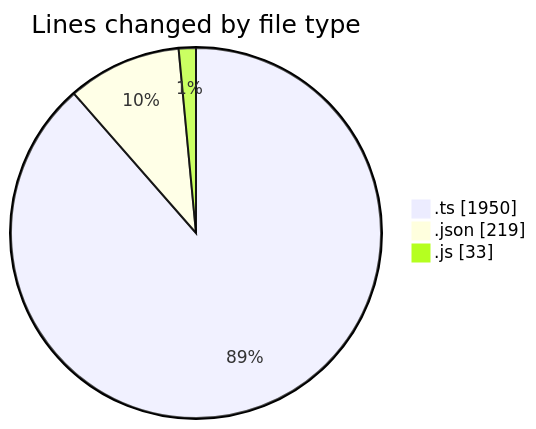
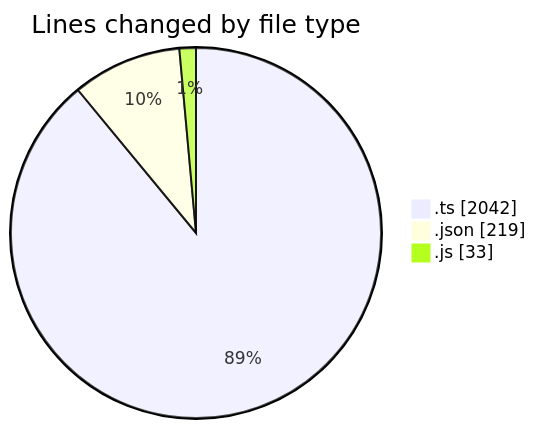
Before and after one commit to momahboobian/code-tracking: the first of 2 diagrams in 2026-05-28/cda/README.md, drawn with Mermaid. The commit also changed other lines of this file and 1 other file, not shown here.

````diff
--- a/2026-05-28/cda/README.md
+++ b/2026-05-28/cda/README.md
@@ -27,7 +28,7 @@
 ```mermaid
 pie showData
 title Lines changed by file type
-".ts" : 1950
+".ts" : 2042
 ".json" : 219
 ".js" : 33
 ```
````
